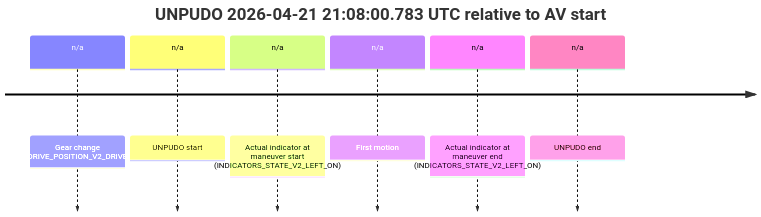
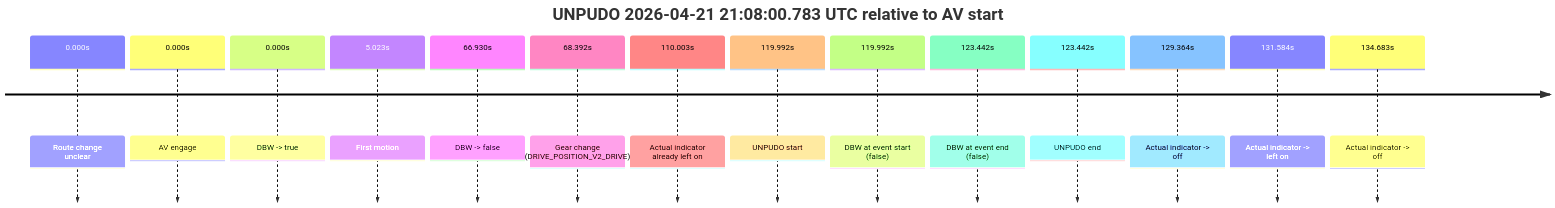
The first of 4 diagrams in model_analysis/report_cards/2026/04/Week-4/fme20031--2026-04-21--20-55-03--gen2-av-6012f067-7eac-4c54-af80-fe1b295980aa.md (yoelshapiro/vault), drawn with Mermaid before and after one commit. The commit also changed other lines of this file and 85 other files, not shown here.

````diff
--- a/model_analysis/report_cards/2026/04/Week-4/fme20031--2026-04-21--20-55-03--gen2-av-6012f067-7eac-4c54-af80-fe1b295980aa.md
+++ b/model_analysis/report_cards/2026/04/Week-4/fme20031--2026-04-21--20-55-03--gen2-av-6012f067-7eac-4c54-af80-fe1b295980aa.md
@@ -39,10 +47,18 @@
 ```mermaid
 timeline
     title UNPUDO 2026-04-21 21:08:00.783 UTC relative to AV start
-    n/a : Gear change (DRIVE_POSITION_V2_DRIVE)
-    n/a : UNPUDO start
-    n/a : Actual indicator at maneuver start (INDICATORS_STATE_V2_LEFT_ON)
-    n/a : First motion
-    n/a : Actual indicator at maneuver end (INDICATORS_STATE_V2_LEFT_ON)
-    n/a : UNPUDO end
+    0.000s : Route change unclear
+    0.000s : AV engage
+    0.000s : DBW -> true
+    5.023s : First motion
+    66.930s : DBW -> false
+    68.392s : Gear change (DRIVE_POSITION_V2_DRIVE)
+    110.003s : Actual indicator already left on
+    119.992s : UNPUDO start
+    119.992s : DBW at event start (false)
+    123.442s : DBW at event end (false)
+    123.442s : UNPUDO end
+    129.364s : Actual indicator -> off
+    131.584s : Actual indicator -> left on
+    134.683s : Actual indicator -> off
 ```
````
